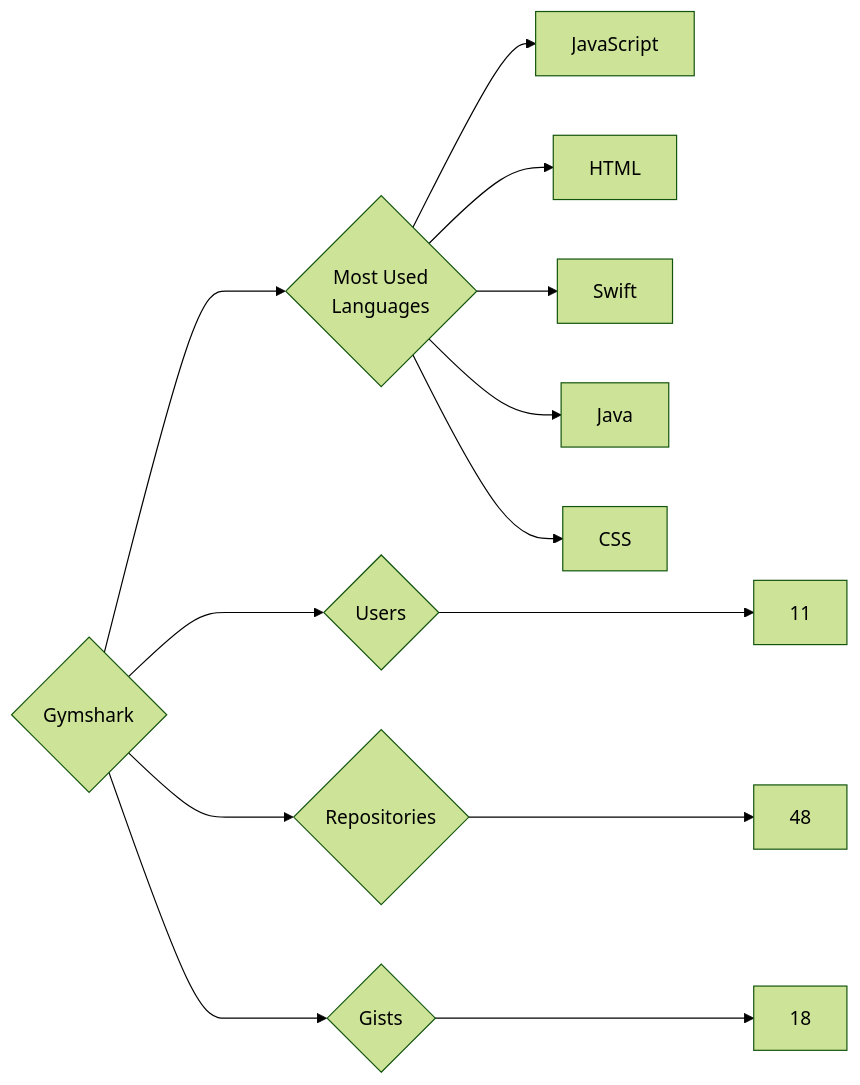
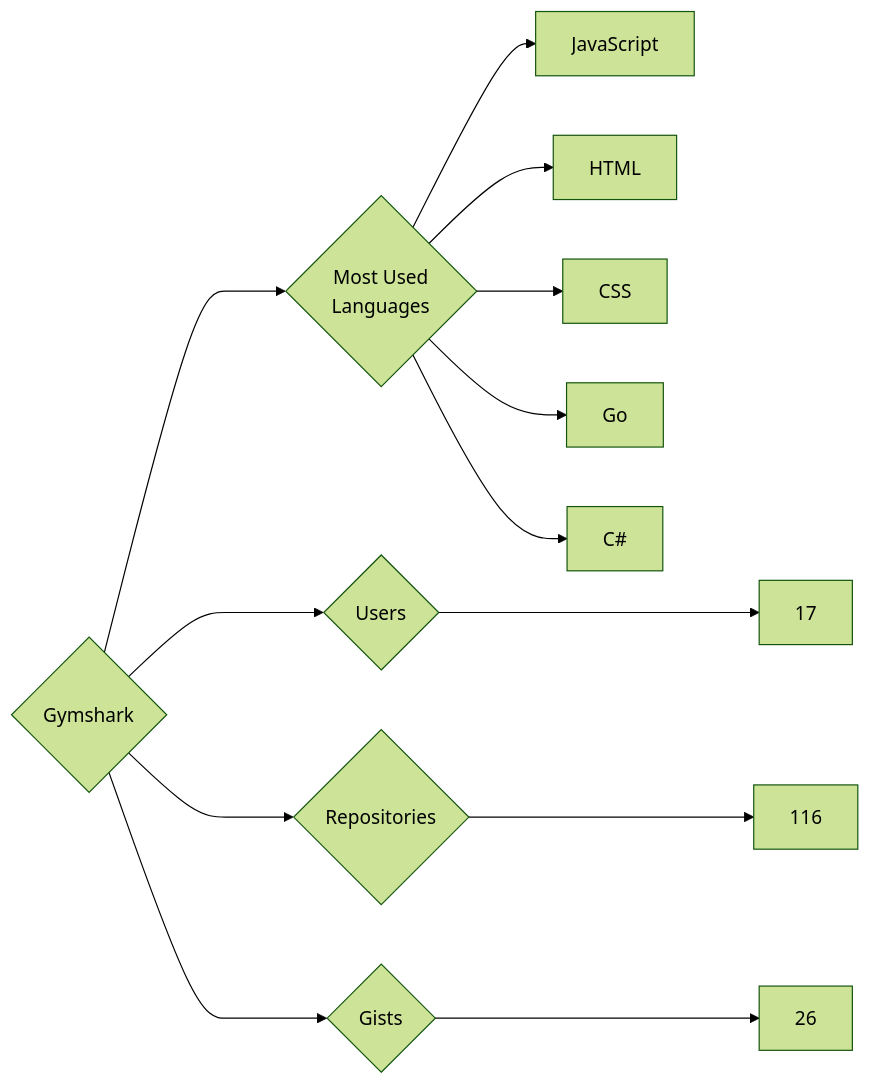
Before and after one commit to trickest/insiders: the diagram in targets/Gymshark/README.md, drawn with Mermaid (forest theme). The commit also changed 838 other files, not shown here.

````diff
--- a/targets/Gymshark/README.md
+++ b/targets/Gymshark/README.md
@@ -3,13 +3,13 @@
 ```mermaid
 graph LR
 COMPANY_NAME{Gymshark}
-COMPANY_NAME ---> U{Users} ---> UN[11]
-COMPANY_NAME ---> R{Repositories} ---> RN[48]
-COMPANY_NAME ---> G{Gists} ---> GN[18]
+COMPANY_NAME ---> U{Users} ---> UN[17]
+COMPANY_NAME ---> R{Repositories} ---> RN[116]
+COMPANY_NAME ---> G{Gists} ---> GN[26]
 COMPANY_NAME ---> ML{Most Used<br>Languages}
 ML --> JavaScript[JavaScript]
 ML --> HTML[HTML]
-ML --> Swift[Swift]
-ML --> Java[Java]
 ML --> CSS[CSS]
+ML --> Go[Go]
+ML --> C#[C#]
 ```
````
